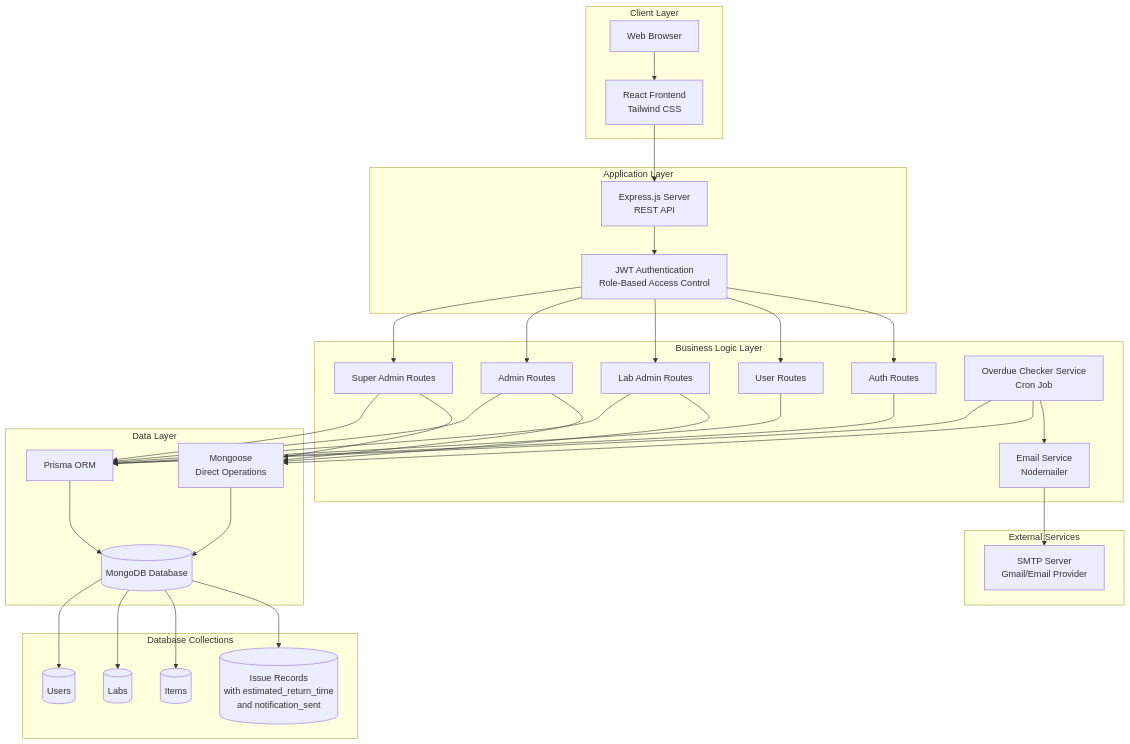
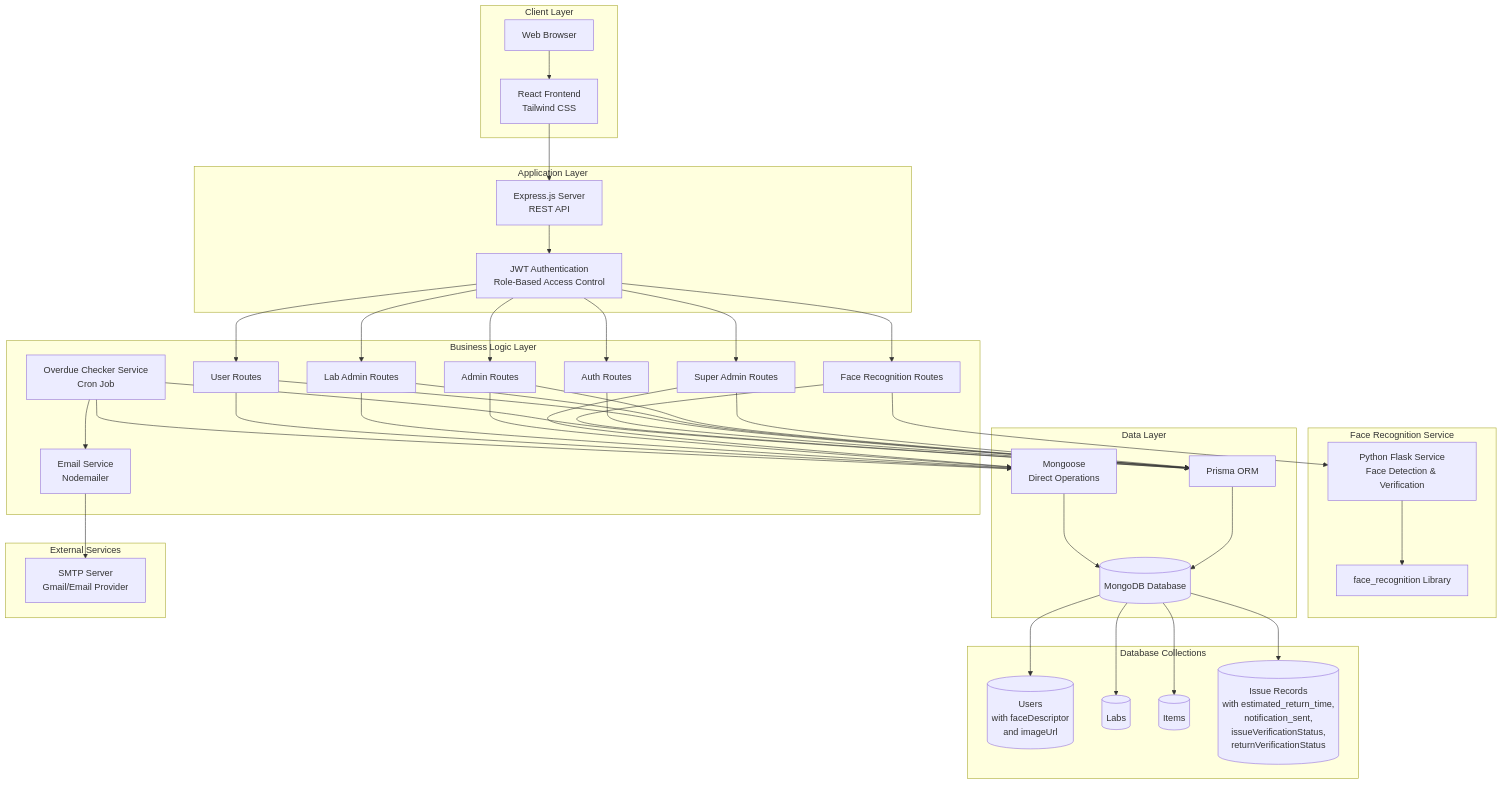
One commit to bejoy-jbt/Laboratory-Items-Issue-Management-System- changed the first of 18 diagrams in docs/DIAGRAMS.md. Above: the diagram before and after it, drawn with Mermaid. The commit also changed other lines of this file and 65 other files, not shown here.

```diff
--- a/docs/DIAGRAMS.md
+++ b/docs/DIAGRAMS.md
@@ -20,8 +20,14 @@
         LA[Lab Admin Routes]
         UR[User Routes]
         AUTH_R[Auth Routes]
+        FR_R[Face Recognition Routes]
         EMAIL_SVC[Email Service<br/>Nodemailer]
         OVERDUE_SVC[Overdue Checker Service<br/>Cron Job]
+    end
+    
+    subgraph "Face Recognition Service"
+        PYTHON_SVC[Python Flask Service<br/>Face Detection & Verification]
+        FACE_API[face_recognition Library]
     end
     
     subgraph "Data Layer"
@@ -31,10 +37,10 @@
     end
     
     subgraph "Database Collections"
-        USERS[(Users)]
+        USERS[(Users<br/>with faceDescriptor<br/>and imageUrl)]
         LABS[(Labs)]
         ITEMS[(Items)]
-        RECORDS[(Issue Records<br/>with estimated_return_time<br/>and notification_sent)]
+        RECORDS[(Issue Records<br/>with estimated_return_time,<br/>notification_sent,<br/>issueVerificationStatus,<br/>returnVerificationStatus)]
     end
     
     subgraph "External Services"
@@ -49,16 +55,22 @@
     AUTH --> LA
     AUTH --> UR
     AUTH --> AUTH_R
+    AUTH --> FR_R
     
     SA --> PRISMA
     AD --> PRISMA
     LA --> PRISMA
     UR --> PRISMA
     AUTH_R --> PRISMA
+    FR_R --> PRISMA
     
     SA --> MONGOOSE
     AD --> MONGOOSE
     LA --> MONGOOSE
+    UR --> MONGOOSE
+    
+    FR_R --> PYTHON_SVC
+    PYTHON_SVC --> FACE_API
     
     OVERDUE_SVC --> PRISMA
     OVERDUE_SVC --> MONGOOSE
```
